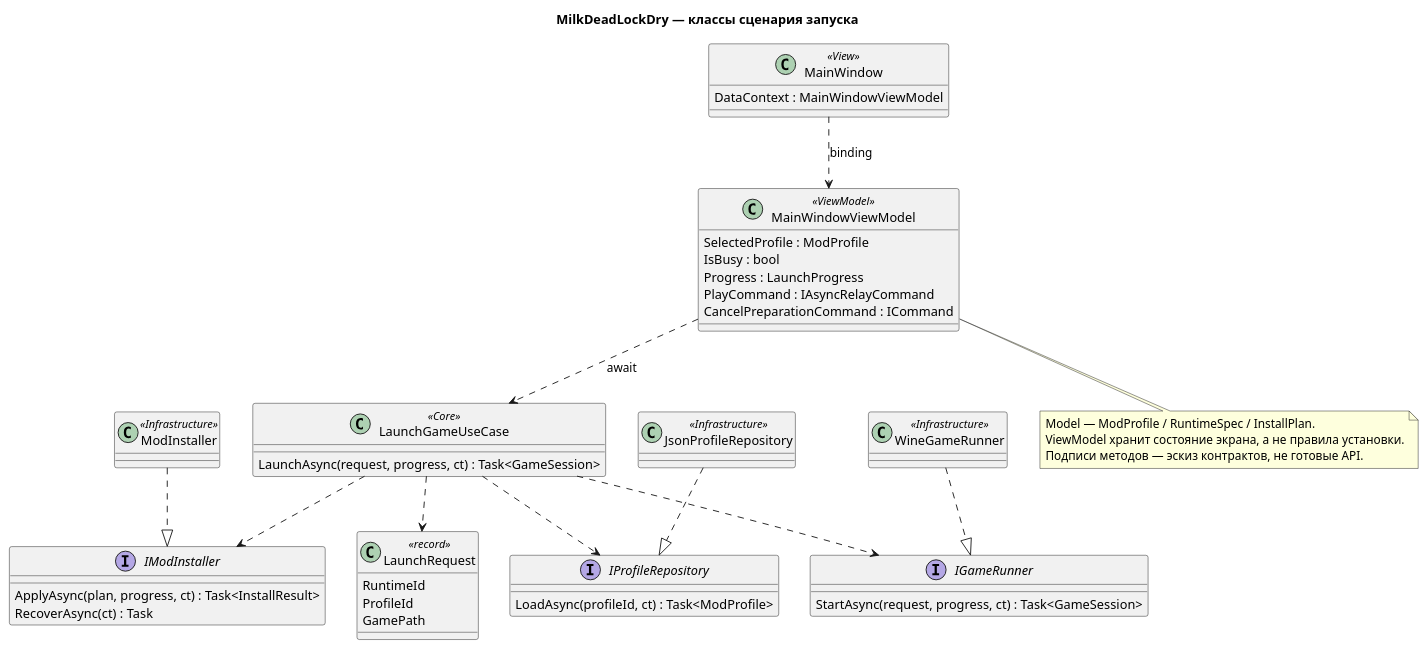
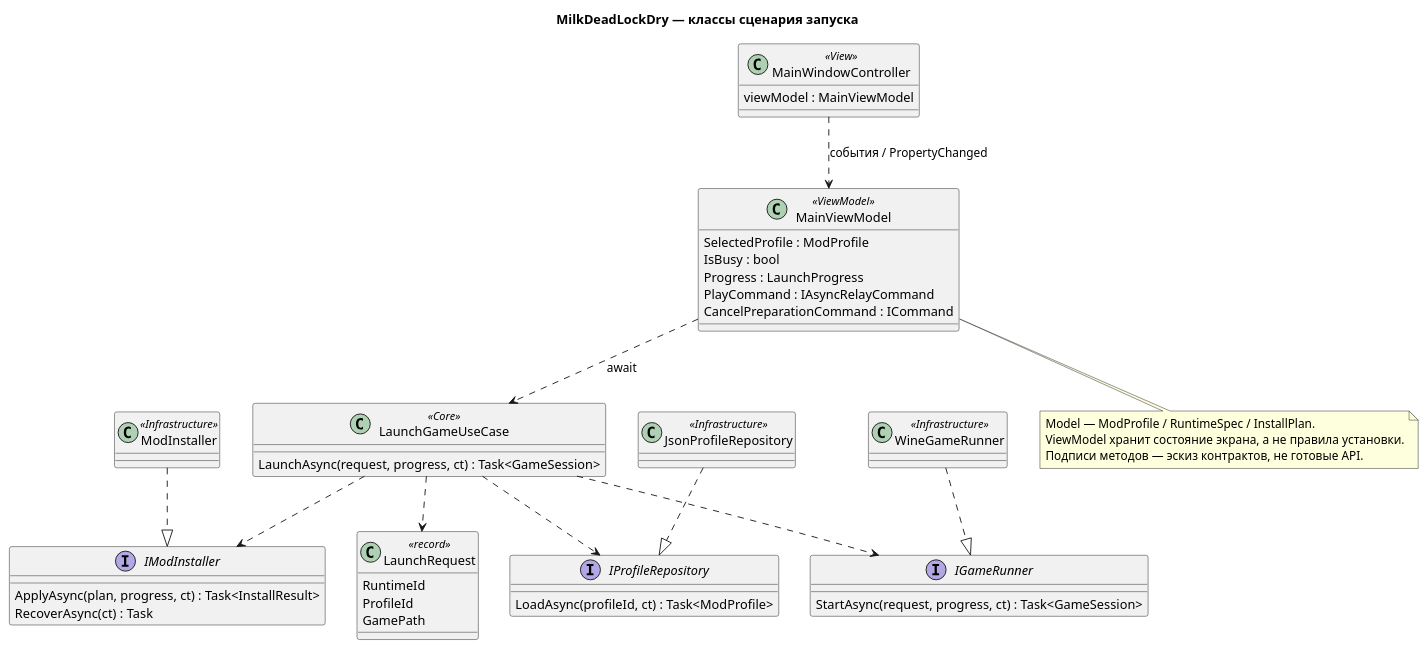
One commit to F3T1W/MilkDeadLockDry changed the second of 3 diagrams in docs/architecture.puml. Above: the diagram before and after it, drawn with PlantUML. The commit also changed other lines of this file and 17 other files, not shown here.

```diff
--- a/docs/architecture.puml
+++ b/docs/architecture.puml
@@ -26,49 +26,49 @@
 @startuml classes
 title MilkDeadLockDry — классы сценария запуска
 skinparam shadowing false
-class MainWindow <<View>> {
-  DataContext : MainWindowViewModel
+class MainWindowController <<View>> {
+  viewModel : MainViewModel
 }
-class MainWindowViewModel <<ViewModel>> {
+class MainViewModel <<ViewModel>> {
   SelectedProfile : ModProfile
   IsBusy : bool
   Progress : LaunchProgress
   PlayCommand : IAsyncRelayCommand
   CancelPreparationCommand : ICommand
 }
 class LaunchGameUseCase <<Core>> {
   LaunchAsync(request, progress, ct) : Task<GameSession>
 }
 class LaunchRequest <<record>> {
   RuntimeId
   ProfileId
   GamePath
 }
 interface IGameRunner {
   StartAsync(request, progress, ct) : Task<GameSession>
 }
 interface IModInstaller {
   ApplyAsync(plan, progress, ct) : Task<InstallResult>
   RecoverAsync(ct) : Task
 }
 interface IProfileRepository {
   LoadAsync(profileId, ct) : Task<ModProfile>
 }
 class WineGameRunner <<Infrastructure>>
 class ModInstaller <<Infrastructure>>
 class JsonProfileRepository <<Infrastructure>>
-MainWindow ..> MainWindowViewModel : binding
-MainWindowViewModel ..> LaunchGameUseCase : await
+MainWindowController ..> MainViewModel : события / PropertyChanged
+MainViewModel ..> LaunchGameUseCase : await
 LaunchGameUseCase ..> LaunchRequest
 LaunchGameUseCase ..> IProfileRepository
 LaunchGameUseCase ..> IModInstaller
 LaunchGameUseCase ..> IGameRunner
 WineGameRunner ..|> IGameRunner
 ModInstaller ..|> IModInstaller
 JsonProfileRepository ..|> IProfileRepository
-note bottom of MainWindowViewModel
+note bottom of MainViewModel
   Model — ModProfile / RuntimeSpec / InstallPlan.
   ViewModel хранит состояние экрана, а не правила установки.
   Подписи методов — эскиз контрактов, не готовые API.
 end note
 @enduml
```
